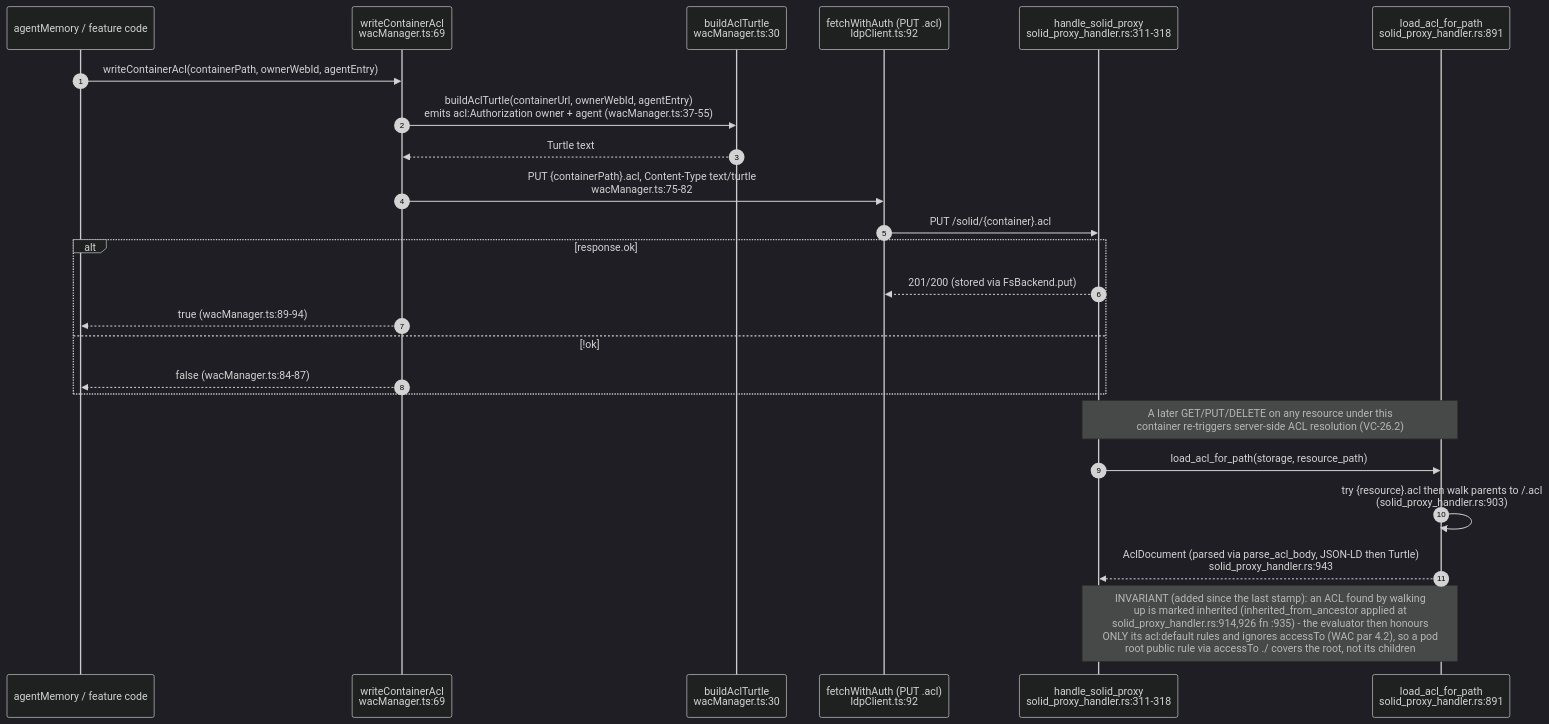
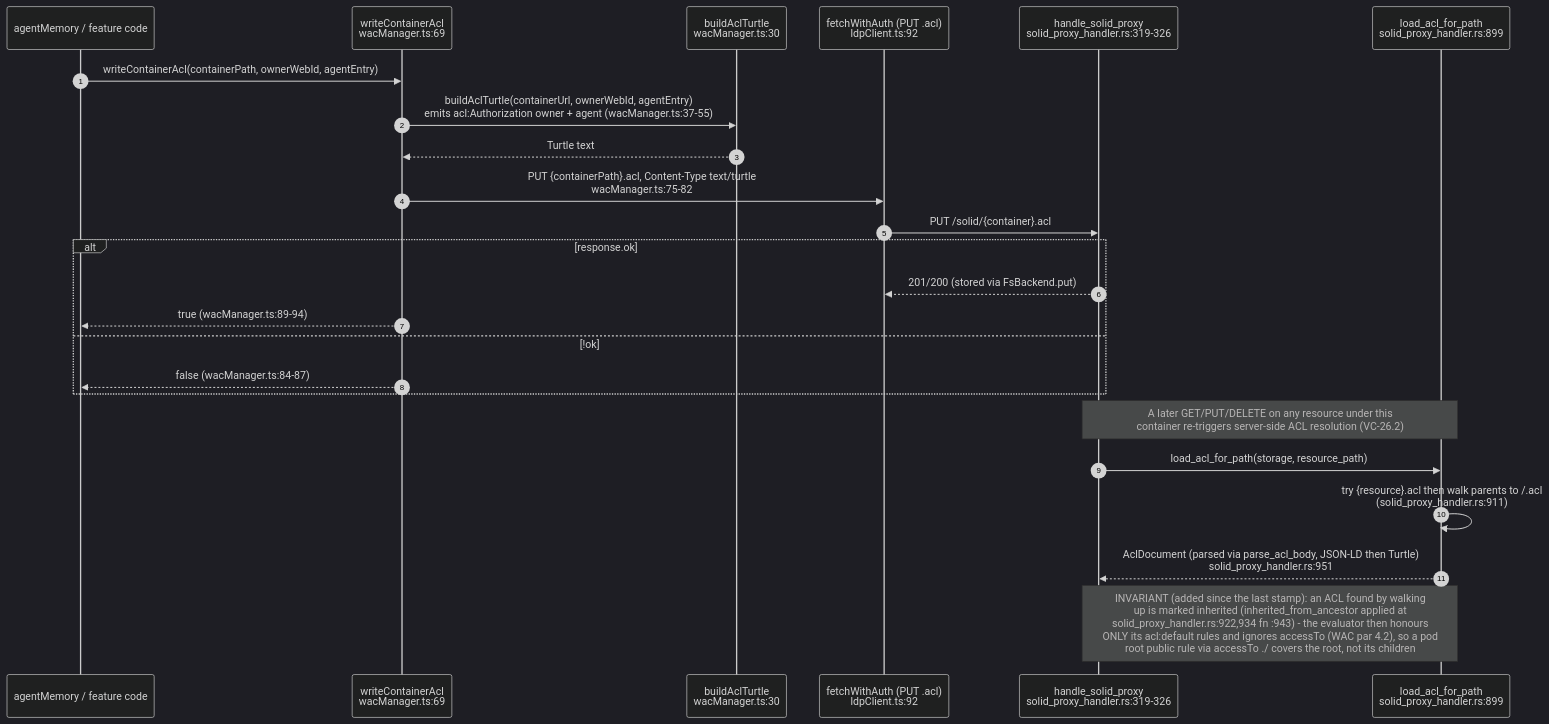
One commit to DreamLab-AI/VisionFlow changed the seventh of 13 diagrams in docs/diagrams/visionclaw/26-solid-pod-and-jss.md. Above: the diagram before and after it, drawn with Mermaid (dark theme). The commit also changed other lines of this file and 7 other files, not shown here.

First line of the commit message:
diagrams(visionclaw): re-verify VC-25..28 and VC-30..33 at visionclaw 4900ec60b, agentbox 59b1aca1c

````diff
--- a/docs/diagrams/visionclaw/26-solid-pod-and-jss.md
+++ b/docs/diagrams/visionclaw/26-solid-pod-and-jss.md
@@ -332,28 +337,28 @@
 ```mermaid
 sequenceDiagram
     autonumber
     participant Caller as agentMemory / feature code
     participant WAC as writeContainerAcl<br/>wacManager.ts:69
     participant B as buildAclTurtle<br/>wacManager.ts:30
     participant F as fetchWithAuth (PUT .acl)<br/>ldpClient.ts:92
-    participant H as handle_solid_proxy<br/>solid_proxy_handler.rs:311-318
-    participant R as load_acl_for_path<br/>solid_proxy_handler.rs:891
+    participant H as handle_solid_proxy<br/>solid_proxy_handler.rs:319-326
+    participant R as load_acl_for_path<br/>solid_proxy_handler.rs:899
 
     Caller->>WAC: writeContainerAcl(containerPath, ownerWebId, agentEntry)
     WAC->>B: buildAclTurtle(containerUrl, ownerWebId, agentEntry)<br/>emits acl:Authorization owner + agent (wacManager.ts:37-55)
     B-->>WAC: Turtle text
     WAC->>F: PUT {containerPath}.acl, Content-Type text/turtle<br/>wacManager.ts:75-82
     F->>H: PUT /solid/{container}.acl
     alt response.ok
         H-->>F: 201/200 (stored via FsBackend.put)
         WAC-->>Caller: true (wacManager.ts:89-94)
     else !ok
         WAC-->>Caller: false (wacManager.ts:84-87)
     end
 
     Note over H,R: A later GET/PUT/DELETE on any resource under this<br/>container re-triggers server-side ACL resolution (VC-26.2)
     H->>R: load_acl_for_path(storage, resource_path)
-    R->>R: try {resource}.acl then walk parents to /.acl<br/>(solid_proxy_handler.rs:903)
-    R-->>H: AclDocument (parsed via parse_acl_body, JSON-LD then Turtle)<br/>solid_proxy_handler.rs:943
-    Note over H,R: INVARIANT (added since the last stamp): an ACL found by walking<br/>up is marked inherited (inherited_from_ancestor applied at<br/>solid_proxy_handler.rs:914,926 fn :935) - the evaluator then honours<br/>ONLY its acl:default rules and ignores accessTo (WAC par 4.2), so a pod<br/>root public rule via accessTo ./ covers the root, not its children
+    R->>R: try {resource}.acl then walk parents to /.acl<br/>(solid_proxy_handler.rs:911)
+    R-->>H: AclDocument (parsed via parse_acl_body, JSON-LD then Turtle)<br/>solid_proxy_handler.rs:951
+    Note over H,R: INVARIANT (added since the last stamp): an ACL found by walking<br/>up is marked inherited (inherited_from_ancestor applied at<br/>solid_proxy_handler.rs:922,934 fn :943) - the evaluator then honours<br/>ONLY its acl:default rules and ignores accessTo (WAC par 4.2), so a pod<br/>root public rule via accessTo ./ covers the root, not its children
 ```
````
